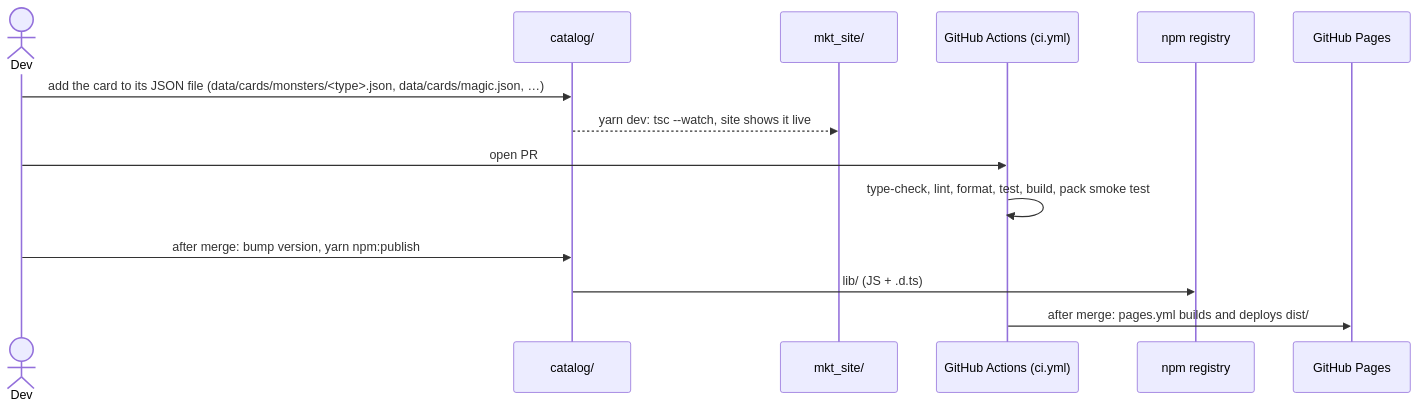
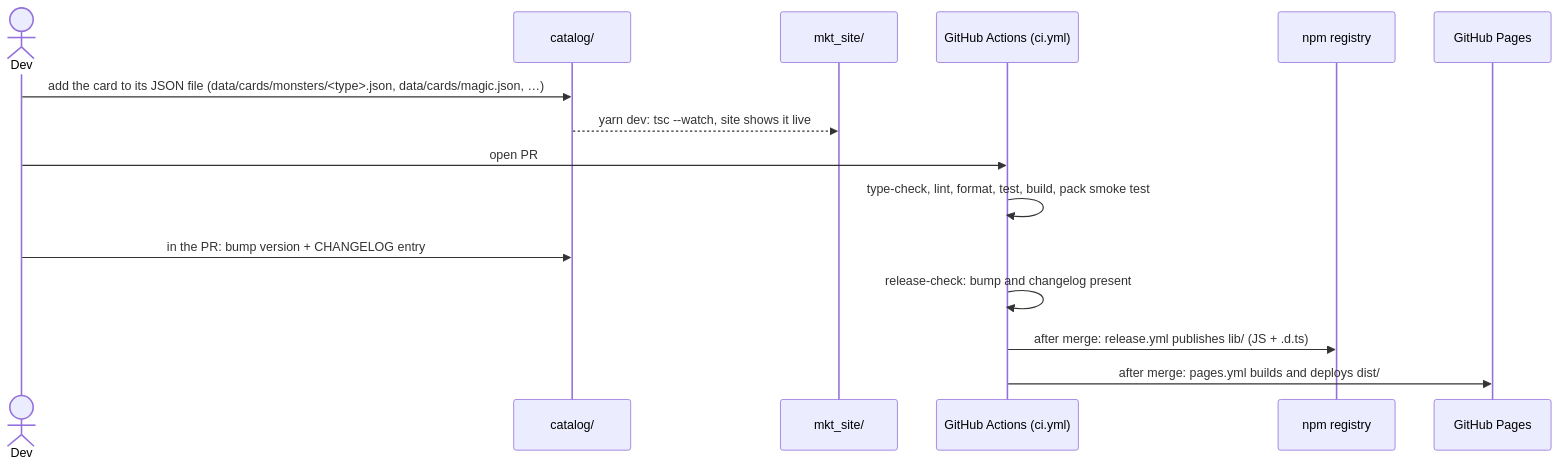
One commit to mhsalves/yugioh-fb-catalog changed the fourth of 4 diagrams in docs/ARCHITECTURE.md. Above: the diagram before and after it, drawn with Mermaid. The commit also changed other lines of this file and 7 other files, not shown here.

First line of the commit message:
ci(release): Publish the catalog to npm and GitHub Packages after merge (spec 05)

````diff
--- a/docs/ARCHITECTURE.md
+++ b/docs/ARCHITECTURE.md
@@ -261,16 +261,17 @@
 ```mermaid
 sequenceDiagram
     actor Dev
     participant Cat as catalog/
     participant Site as mkt_site/
     participant CI as GitHub Actions (ci.yml)
     participant NPM as npm registry
     participant GH as GitHub Pages
     Dev->>Cat: add the card to its JSON file (data/cards/monsters/<type>.json, data/cards/magic.json, …)
     Cat-->>Site: yarn dev: tsc --watch, site shows it live
     Dev->>CI: open PR
     CI->>CI: type-check, lint, format, test, build, pack smoke test
-    Dev->>Cat: after merge: bump version, yarn npm:publish
-    Cat->>NPM: lib/ (JS + .d.ts)
+    Dev->>Cat: in the PR: bump version + CHANGELOG entry
+    CI->>CI: release-check: bump and changelog present
+    CI->>NPM: after merge: release.yml publishes lib/ (JS + .d.ts)
     CI->>GH: after merge: pages.yml builds and deploys dist/
 ```
````
